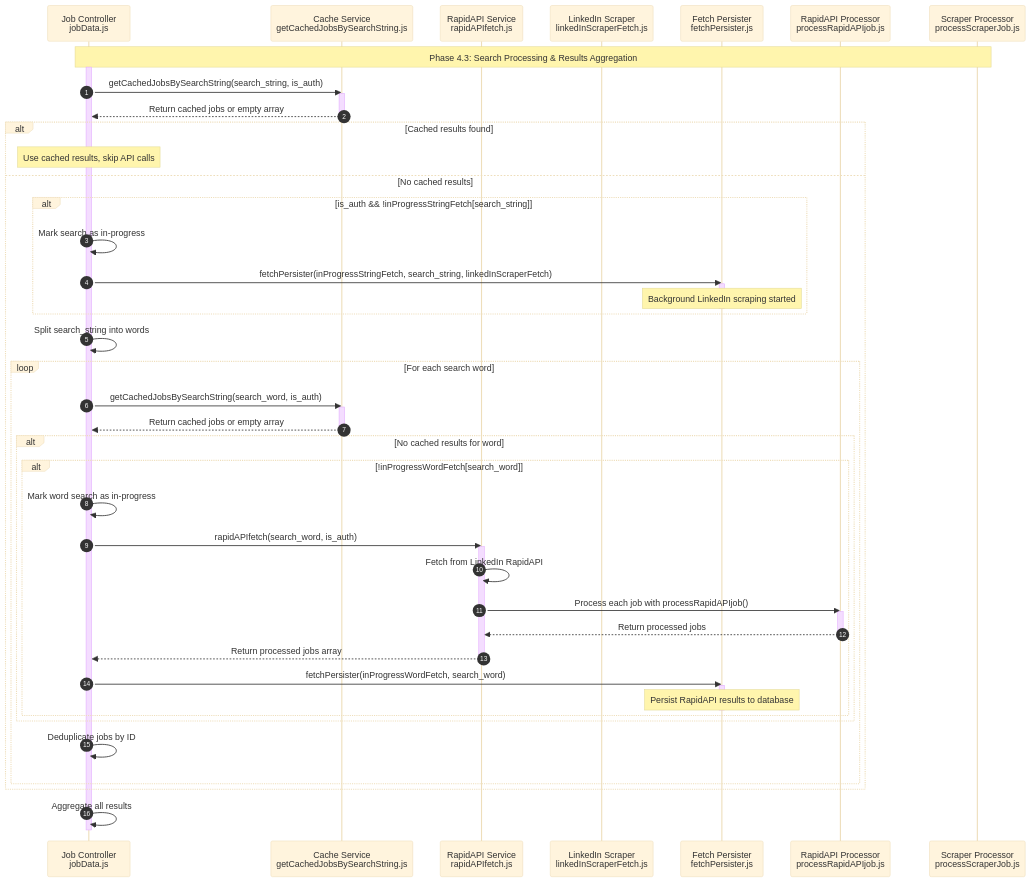
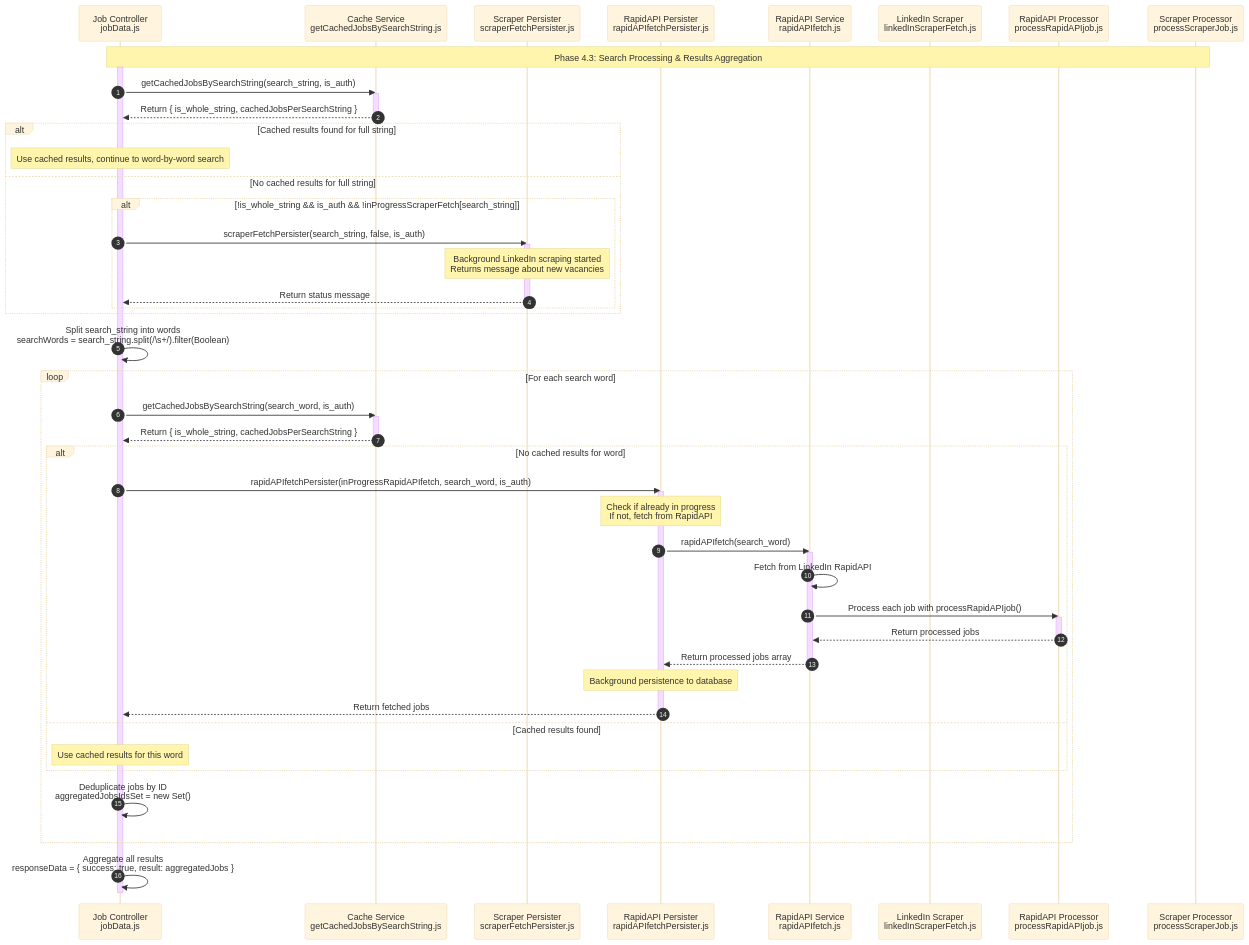
The diagram in documentation/jobFetch/4.3.Search Processing & Results Aggregation.md (YahyaAl-Ademi/2025.10.23-JobCompass), drawn with Mermaid (base theme) before and after one commit. The commit also changed 5 other files, not shown here.

Commit message:
refactor: update job fetch documentation; enhance input validation flow, context state updates, and travel details fetching process

````diff
--- a/documentation/jobFetch/4.3.Search Processing & Results Aggregation.md
+++ b/documentation/jobFetch/4.3.Search Processing & Results Aggregation.md
@@ -7,75 +7,78 @@
 ```mermaid
 sequenceDiagram
     autonumber
     %% File paths:
     %% JobController: server/src/controllers/jobData.js
     %% CacheService: server/src/services/getCachedJobsBySearchString.js
+    %% ScraperPersister: server/src/services/scraperFetchPersister.js
+    %% RapidAPIPersister: server/src/services/rapidAPIfetchPersister.js
     %% RapidAPI: server/src/services/rapidAPIfetch.js
     %% LinkedInScraper: server/src/services/linkedInScraperFetch.js
-    %% FetchPersister: server/src/services/fetchPersister.js
     %% ProcessRapidAPI: server/src/util/processRapidAPIjob.js
     %% ProcessScraper: server/src/util/processScraperJob.js
     participant JobController as Job Controller<br/>jobData.js
     participant CacheService as Cache Service<br/>getCachedJobsBySearchString.js
+    participant ScraperPersister as Scraper Persister<br/>scraperFetchPersister.js
+    participant RapidAPIPersister as RapidAPI Persister<br/>rapidAPIfetchPersister.js
     participant RapidAPI as RapidAPI Service<br/>rapidAPIfetch.js
     participant LinkedInScraper as LinkedIn Scraper<br/>linkedInScraperFetch.js
-    participant FetchPersister as Fetch Persister<br/>fetchPersister.js
     participant ProcessRapidAPI as RapidAPI Processor<br/>processRapidAPIjob.js
     participant ProcessScraper as Scraper Processor<br/>processScraperJob.js
 
     Note over JobController,ProcessScraper: Phase 4.3: Search Processing & Results Aggregation
     activate JobController
 
     %% Check cache for full search string
     JobController->>CacheService: getCachedJobsBySearchString(search_string, is_auth)
     activate CacheService
-    CacheService-->>JobController: Return cached jobs or empty array
+    CacheService-->>JobController: Return { is_whole_string, cachedJobsPerSearchString }
     deactivate CacheService
 
-    alt Cached results found
-        Note over JobController: Use cached results, skip API calls
-    else No cached results
+    alt Cached results found for full string
+        Note over JobController: Use cached results, continue to word-by-word search
+    else No cached results for full string
         %% For authenticated users, start background LinkedIn scraping
-        alt is_auth && !inProgressStringFetch[search_string]
-            JobController->>JobController: Mark search as in-progress
-            JobController->>FetchPersister: fetchPersister(inProgressStringFetch, search_string, linkedInScraperFetch)
-            activate FetchPersister
-            Note over FetchPersister: Background LinkedIn scraping started
-            deactivate FetchPersister
-        end
-
-        %% Split search string into words and process each
-        JobController->>JobController: Split search_string into words
-        loop For each search word
-            JobController->>CacheService: getCachedJobsBySearchString(search_word, is_auth)
-            activate CacheService
-            CacheService-->>JobController: Return cached jobs or empty array
-            deactivate CacheService
-
-            alt No cached results for word
-                alt !inProgressWordFetch[search_word]
-                    JobController->>JobController: Mark word search as in-progress
-                    JobController->>RapidAPI: rapidAPIfetch(search_word, is_auth)
-                    activate RapidAPI
-                    RapidAPI->>RapidAPI: Fetch from LinkedIn RapidAPI
-                    RapidAPI->>ProcessRapidAPI: Process each job with processRapidAPIjob()
-                    activate ProcessRapidAPI
-                    ProcessRapidAPI-->>RapidAPI: Return processed jobs
-                    deactivate ProcessRapidAPI
-                    RapidAPI-->>JobController: Return processed jobs array
-                    deactivate RapidAPI
-
-                    JobController->>FetchPersister: fetchPersister(inProgressWordFetch, search_word)
-                    activate FetchPersister
-                    Note over FetchPersister: Persist RapidAPI results to database
-                    deactivate FetchPersister
-                end
-            end
-
-            JobController->>JobController: Deduplicate jobs by ID
+        alt !is_whole_string && is_auth && !inProgressScraperFetch[search_string]
+            JobController->>ScraperPersister: scraperFetchPersister(search_string, false, is_auth)
+            activate ScraperPersister
+            Note over ScraperPersister: Background LinkedIn scraping started<br/>Returns message about new vacancies
+            ScraperPersister-->>JobController: Return status message
+            deactivate ScraperPersister
         end
     end
 
-    JobController->>JobController: Aggregate all results
+    %% Split search string into words and process each
+    JobController->>JobController: Split search_string into words<br/>searchWords = search_string.split(/\s+/).filter(Boolean)
+    loop For each search word
+        JobController->>CacheService: getCachedJobsBySearchString(search_word, is_auth)
+        activate CacheService
+        CacheService-->>JobController: Return { is_whole_string, cachedJobsPerSearchString }
+        deactivate CacheService
+
+        alt No cached results for word
+            JobController->>RapidAPIPersister: rapidAPIfetchPersister(inProgressRapidAPIfetch, search_word, is_auth)
+            activate RapidAPIPersister
+            Note over RapidAPIPersister: Check if already in progress<br/>If not, fetch from RapidAPI
+            RapidAPIPersister->>RapidAPI: rapidAPIfetch(search_word)
+            activate RapidAPI
+            RapidAPI->>RapidAPI: Fetch from LinkedIn RapidAPI
+            RapidAPI->>ProcessRapidAPI: Process each job with processRapidAPIjob()
+            activate ProcessRapidAPI
+            ProcessRapidAPI-->>RapidAPI: Return processed jobs
+            deactivate ProcessRapidAPI
+            RapidAPI-->>RapidAPIPersister: Return processed jobs array
+            deactivate RapidAPI
+
+            Note over RapidAPIPersister: Background persistence to database
+            RapidAPIPersister-->>JobController: Return fetched jobs
+            deactivate RapidAPIPersister
+        else Cached results found
+            Note over JobController: Use cached results for this word
+        end
+
+        JobController->>JobController: Deduplicate jobs by ID<br/>aggregatedJobsIdsSet = new Set()
+    end
+
+    JobController->>JobController: Aggregate all results<br/>responseData = { success: true, result: aggregatedJobs }
     deactivate JobController
 ```
````
